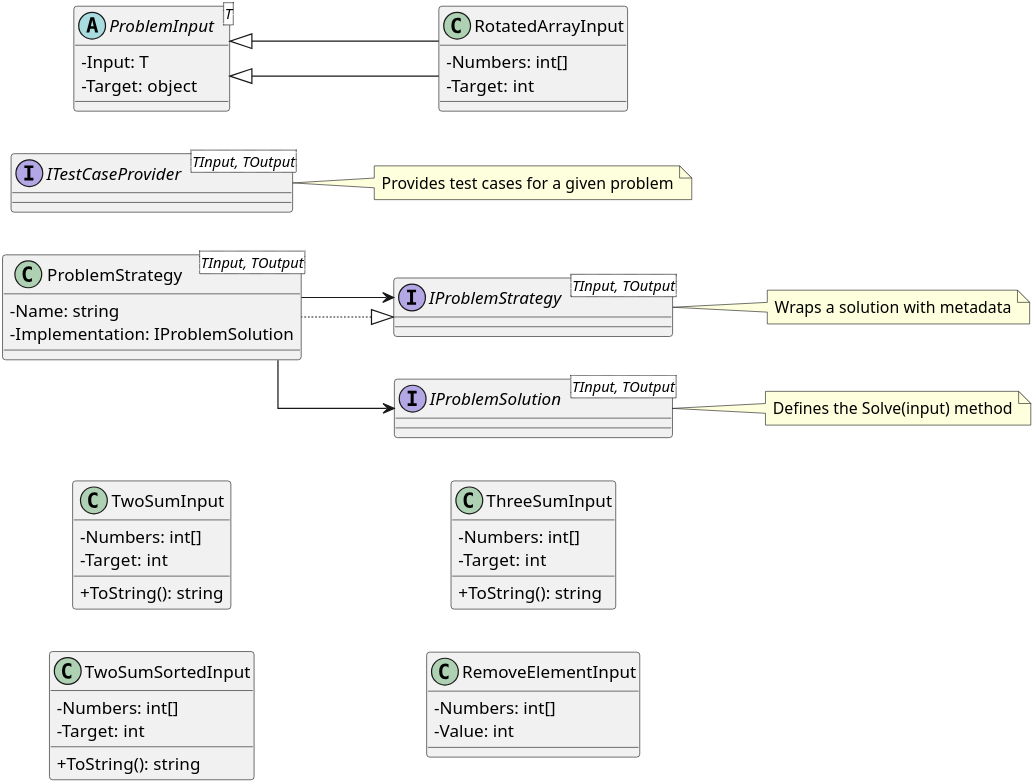
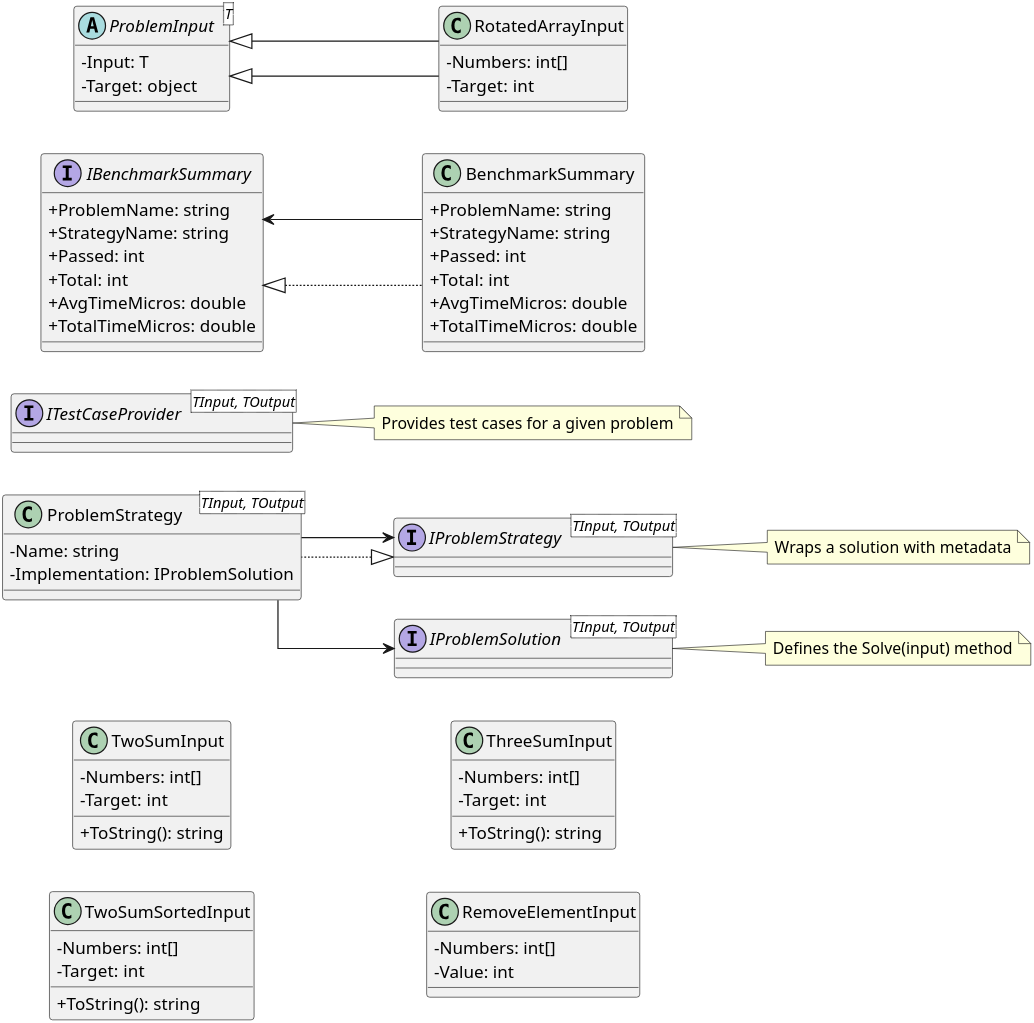
Before and after one commit to abhimanyu-builds/Leetcode: the diagram in Leetcode/Documentation/diagrams/class-core.puml, drawn with PlantUML. The commit also changed 7 other files, not shown here.

Commit message:
Update documentation for reflection-based strategy discovery and benchmark integration

```diff
--- a/Leetcode/Documentation/diagrams/class-core.puml
+++ b/Leetcode/Documentation/diagrams/class-core.puml
@@ -1,70 +1,91 @@
 @startuml class-core
 skinparam classAttributeIconSize 0
 skinparam shadowing false
 skinparam linetype ortho
 skinparam dpi 300
 left to right direction
 scale 1.5
 
 ' === Interfaces ===
 interface IProblemSolution<TInput, TOutput>
 note right of IProblemSolution
 Defines the Solve(input) method
 end note
 
 interface IProblemStrategy<TInput, TOutput>
 note right of IProblemStrategy
 Wraps a solution with metadata
 end note
 
 interface ITestCaseProvider<TInput, TOutput>
 note right of ITestCaseProvider
 Provides test cases for a given problem
 end note
 
+interface IBenchmarkSummary {
+    + ProblemName: string
+    + StrategyName: string
+    + Passed: int
+    + Total: int
+    + AvgTimeMicros: double
+    + TotalTimeMicros: double
+}
+
 ' === Strategy Wrapper ===
 class ProblemStrategy<TInput, TOutput> implements IProblemStrategy {
     - Name: string
     - Implementation: IProblemSolution
 }
 
 ProblemStrategy --> IProblemSolution
 ProblemStrategy --> IProblemStrategy
+
+' === Benchmark Summary ===
+class BenchmarkSummary implements IBenchmarkSummary {
+    + ProblemName: string
+    + StrategyName: string
+    + Passed: int
+    + Total: int
+    + AvgTimeMicros: double
+    + TotalTimeMicros: double
+}
+
+BenchmarkSummary --> IBenchmarkSummary
 
 ' === Core Models ===
 abstract class ProblemInput<T> {
     - Input: T
     - Target: object
 }
 
 class TwoSumInput {
     - Numbers: int[]
     - Target: int
     + ToString(): string
 }
 
 class TwoSumSortedInput {
     - Numbers: int[]
     - Target: int
     + ToString(): string
 }
 
 class ThreeSumInput {
     - Numbers: int[]
     - Target: int
     + ToString(): string
 }
 
 class RotatedArrayInput extends ProblemInput<int[]> {
     - Numbers: int[]
     - Target: int
 }
 
 class RemoveElementInput {
     - Numbers: int[]
     - Value: int
 }
 
 ProblemInput <|-- RotatedArrayInput
 
 @enduml
```
